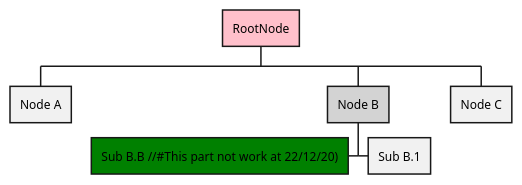
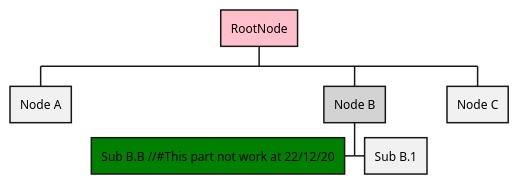
The second of 2 diagrams in README.md (Pyrex-FWI/plantuml), drawn with PlantUML before and after one commit.

Commit message:
Bug of plantuml

````diff
--- a/README.md
+++ b/README.md
@@ -94,14 +94,14 @@
 ```plantuml
 #test-2.plantuml
 
 @startwbs
 
 *[#pink] RootNode
 ** Node A
 **[#lightgray] Node B
 *** Sub B.1
-***[#green]< Sub B.B //#This part not work at 22/12/20)
+***[#green]< Sub B.B //#This part not work at 22/12/20
 ** Node C
 
 @endwbs
 ```
````
